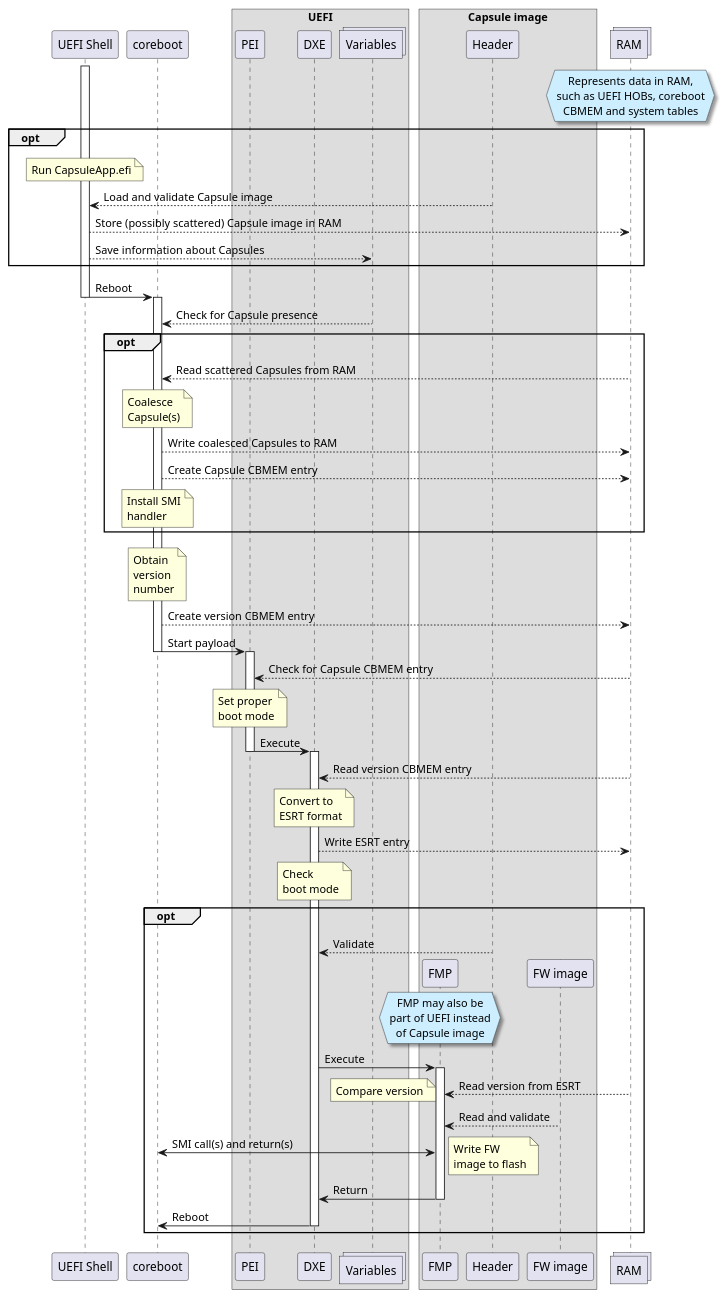
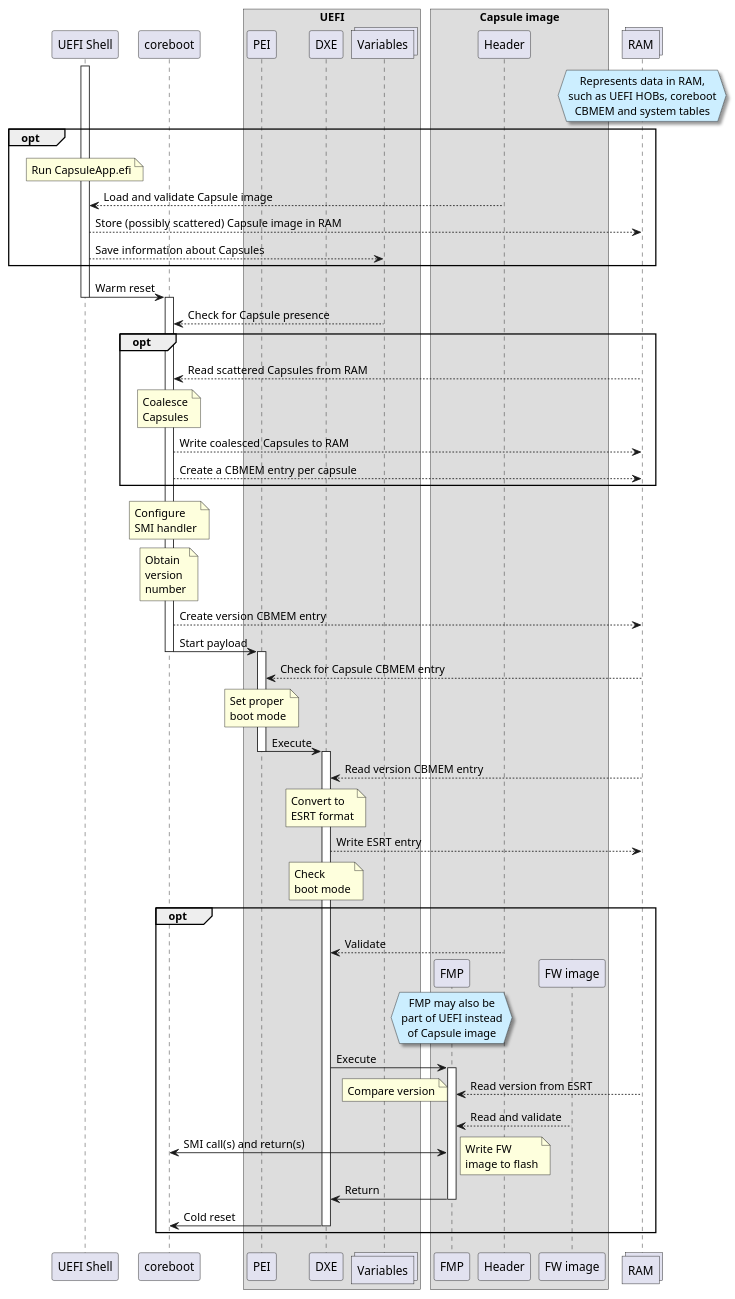
Before and after one commit to Dasharo/docs: the diagram in uml/capsule_update_tech_flow.puml, drawn with PlantUML. The commit also changed 1 other file, not shown here.

Commit message:
uml/capsule_update_tech_flow.puml: update after review, regenerate SVG

```diff
--- a/uml/capsule_update_tech_flow.puml
+++ b/uml/capsule_update_tech_flow.puml
@@ -1,88 +1,87 @@
 @startuml
 !pragma teoz true
 
 skinparam shadowing<<with_shadow>> true
 skinparam NoteTextAlignment<<with_shadow>> center
 skinparam NoteBackgroundColor<<with_shadow>> #CEF
 
 participant "UEFI Shell" as OS
 activate OS
 participant coreboot
 box UEFI
 participant PEI
 participant DXE
 collections Variables as vars
 end box
 collections RAM as data order 50
 
 hnote over data<<with_shadow>>
 Represents data in RAM,
 such as UEFI HOBs, coreboot
 CBMEM and system tables
 end hnote
 
 opt
 note over OS: Run CapsuleApp.efi
 OS <-- Header: Load and validate Capsule image
 data <-- OS: Store (possibly scattered) Capsule image in RAM
 vars <-- OS: Save information about Capsules
 end opt
 
-OS -> coreboot --++: Reboot
+OS -> coreboot --++: Warm reset
 
 coreboot <-- vars: Check for Capsule presence
 
 opt
 coreboot <-- data: Read scattered Capsules from RAM
-note over coreboot: Coalesce\nCapsule(s)
+note over coreboot: Coalesce\nCapsules
 data <-- coreboot: Write coalesced Capsules to RAM
-data <-- coreboot: Create Capsule CBMEM entry
-note over coreboot: Install SMI\nhandler
+data <-- coreboot: Create a CBMEM entry per capsule
 end opt
 
+note over coreboot: Configure\nSMI handler
 note over coreboot: Obtain\nversion\nnumber
 data <-- coreboot: Create version CBMEM entry
 
 coreboot -> PEI --++: Start payload
 
 PEI <-- data: Check for Capsule CBMEM entry
 note over PEI: Set proper\nboot mode
 
 PEI -> DXE --++: Execute
 
 DXE <-- data: Read version CBMEM entry
 note over DXE: Convert to\nESRT format
 data <-- DXE: Write ESRT entry
 note over DXE: Check\nboot mode
 
 opt
 DXE <-- Header: Validate
 
 box "Capsule image"
 create participant FMP
 data-[hidden]->FMP
 collections Header
 create participant "FW image" as fw
 & data-[hidden]->fw
 end box
 
 hnote over FMP<<with_shadow>>
 FMP may also be
 part of UEFI instead
 of Capsule image
 end hnote
 
 DXE -> FMP ++: Execute
 
 FMP <-- data: Read version from ESRT
 note left: Compare version
 FMP <-- fw: Read and validate
 FMP <-> coreboot: SMI call(s) and return(s)
 note right: Write FW\nimage to flash
 
 FMP -> DXE --: Return
 
-DXE -> coreboot --: Reboot
+DXE -> coreboot --: Cold reset
 end opt
-
 @enduml
```
